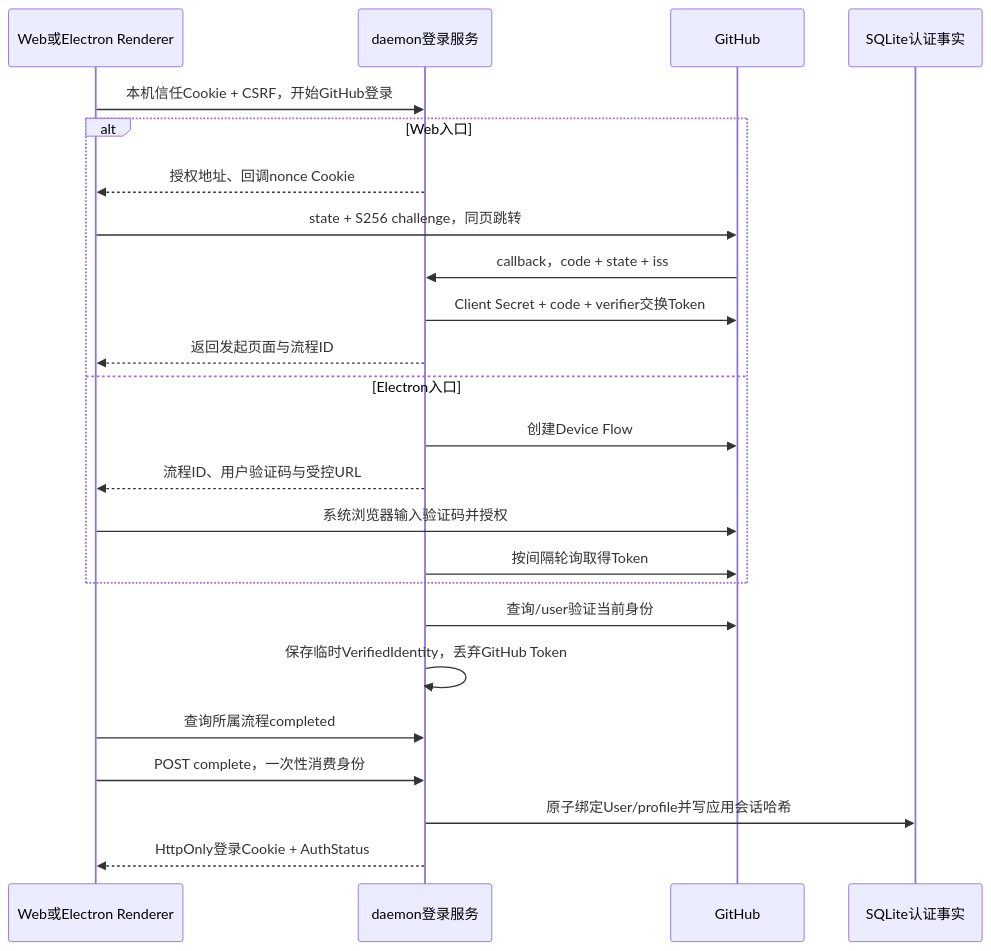
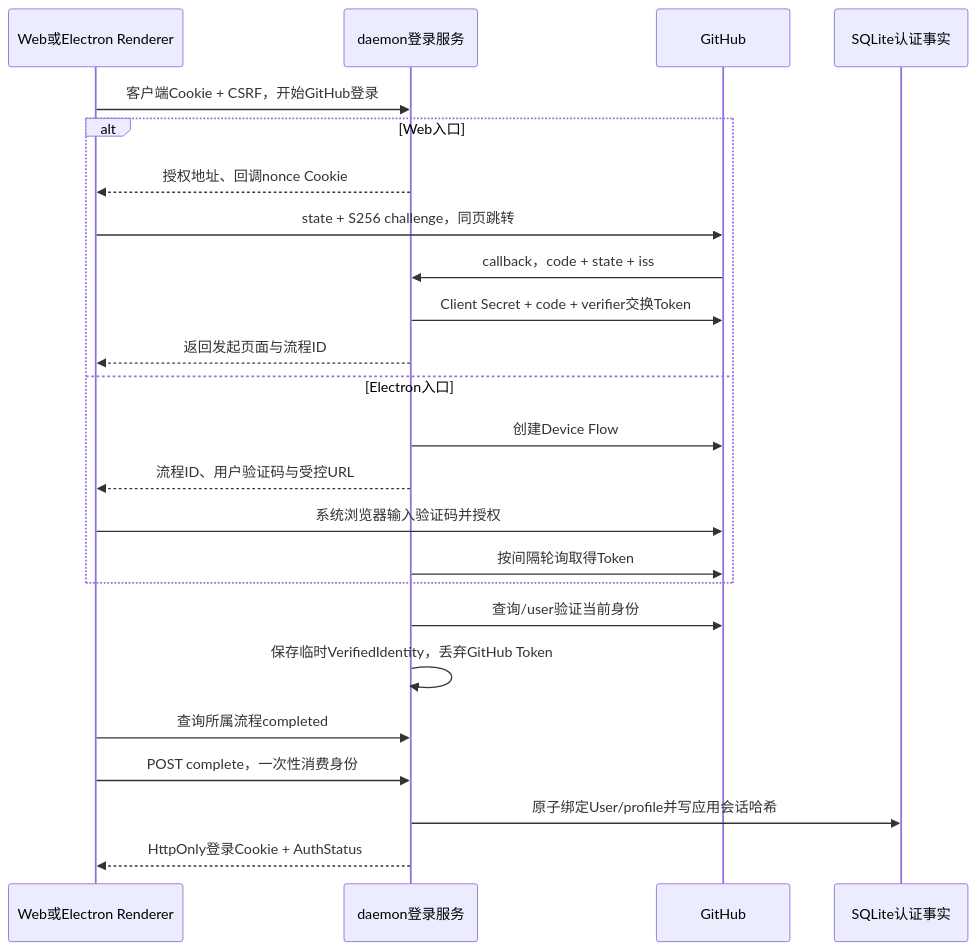
Before and after one commit to lxy980795277/my-pi-harness: the diagram in docs/09_TECHNICAL/用户身份与登录设计.md, drawn with Mermaid. The commit also changed other lines of this file and 347 other files, not shown here.

````diff
--- a/docs/09_TECHNICAL/用户身份与登录设计.md
+++ b/docs/09_TECHNICAL/用户身份与登录设计.md
@@ -34,26 +34,26 @@
 ```mermaid
 sequenceDiagram
   participant UI as Web或Electron Renderer
   participant Auth as daemon登录服务
   participant GitHub
   participant DB as SQLite认证事实
-  UI->>Auth: 本机信任Cookie + CSRF，开始GitHub登录
+  UI->>Auth: 客户端Cookie + CSRF，开始GitHub登录
   alt Web入口
     Auth-->>UI: 授权地址、回调nonce Cookie
     UI->>GitHub: state + S256 challenge，同页跳转
     GitHub->>Auth: callback，code + state + iss
     Auth->>GitHub: Client Secret + code + verifier交换Token
     Auth-->>UI: 返回发起页面与流程ID
   else Electron入口
     Auth->>GitHub: 创建Device Flow
     Auth-->>UI: 流程ID、用户验证码与受控URL
     UI->>GitHub: 系统浏览器输入验证码并授权
     Auth->>GitHub: 按间隔轮询取得Token
   end
   Auth->>GitHub: 查询/user验证当前身份
   Auth->>Auth: 保存临时VerifiedIdentity，丢弃GitHub Token
   UI->>Auth: 查询所属流程completed
   UI->>Auth: POST complete，一次性消费身份
   Auth->>DB: 原子绑定User/profile并写应用会话哈希
   Auth-->>UI: HttpOnly登录Cookie + AuthStatus
 ```
````
